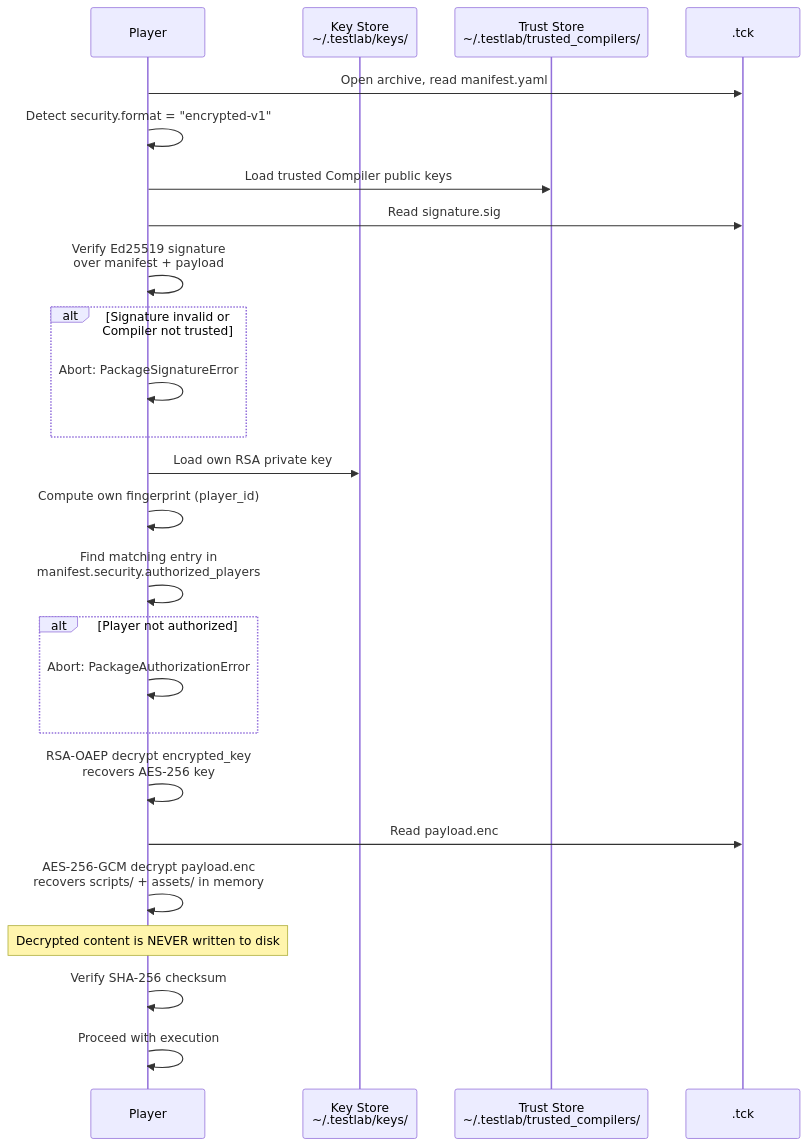
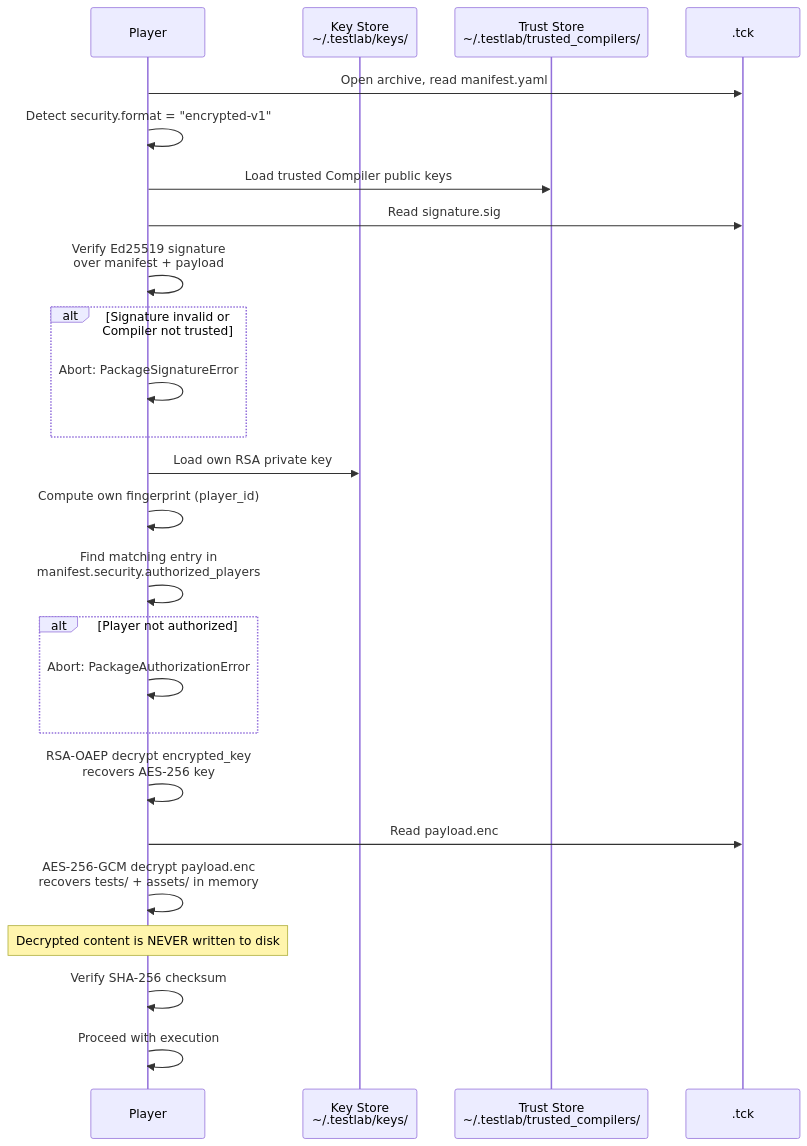
The second of 3 diagrams in docs/specification/specification/security.md (eclipse-tractusx/tractusx-testlab), drawn with Mermaid before and after one commit. The commit also changed other lines of this file and 267 other files, not shown here.

````diff
--- a/docs/specification/specification/security.md
+++ b/docs/specification/specification/security.md
@@ -101,34 +101,34 @@
 ```mermaid
 sequenceDiagram
     participant P as Player
     participant KS as Key Store<br/>~/.testlab/keys/
     participant TS as Trust Store<br/>~/.testlab/trusted_compilers/
     participant PKG as .tck
 
     P->>PKG: Open archive, read manifest.yaml
     P->>P: Detect security.format = "encrypted-v1"
     P->>TS: Load trusted Compiler public keys
     P->>PKG: Read signature.sig
     P->>P: Verify Ed25519 signature<br/>over manifest + payload
 
     alt Signature invalid or Compiler not trusted
         P->>P: Abort: PackageSignatureError
     end
 
     P->>KS: Load own RSA private key
     P->>P: Compute own fingerprint (player_id)
     P->>P: Find matching entry in<br/>manifest.security.authorized_players
 
     alt Player not authorized
         P->>P: Abort: PackageAuthorizationError
     end
 
     P->>P: RSA-OAEP decrypt encrypted_key<br/>recovers AES-256 key
     P->>PKG: Read payload.enc
-    P->>P: AES-256-GCM decrypt payload.enc<br/>recovers scripts/ + assets/ in memory
+    P->>P: AES-256-GCM decrypt payload.enc<br/>recovers tests/ + assets/ in memory
 
     Note over P: Decrypted content is NEVER written to disk
 
     P->>P: Verify SHA-256 checksum
     P->>P: Proceed with execution
 ```
````
